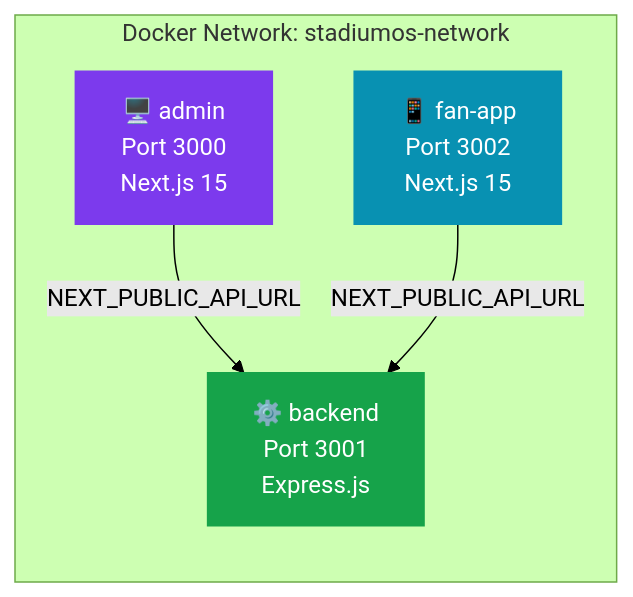
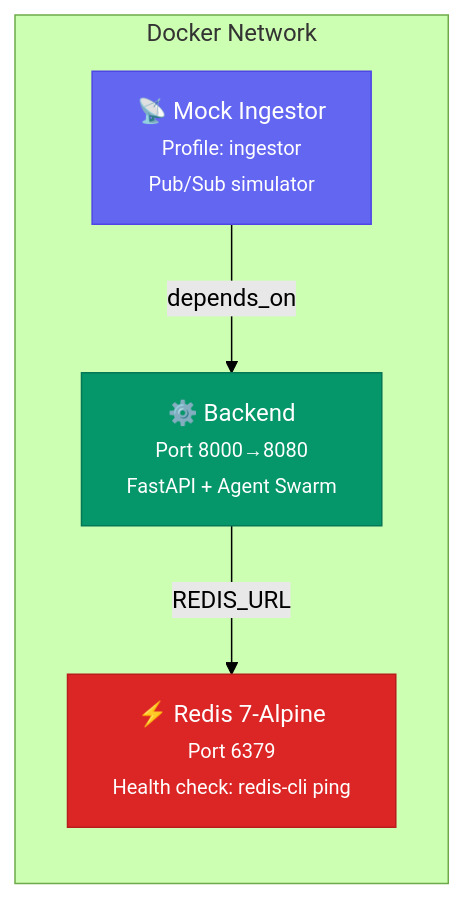
Before and after one commit to dayanandXdarpan/stadiumos: the sixth of 7 diagrams in README.md, drawn with Mermaid (forest theme). The commit also changed other lines of this file and 5 other files, not shown here.

````diff
--- a/README.md
+++ b/README.md
@@ -500,11 +571,15 @@
 ```mermaid
 graph LR
-    subgraph Docker Network: stadiumos-network
-        A["🖥️ admin<br/>Port 3000<br/>Next.js 15"] -->|NEXT_PUBLIC_API_URL| C["⚙️ backend<br/>Port 3001<br/>Express.js"]
-        B["📱 fan-app<br/>Port 3002<br/>Next.js 15"] -->|NEXT_PUBLIC_API_URL| C
+    subgraph "Docker Network"
+        REDIS["⚡ Redis 7-Alpine<br/><small>Port 6379</small><br/><small>Health check: redis-cli ping</small>"]
+        BACKEND["⚙️ Backend<br/><small>Port 8000→8080</small><br/><small>FastAPI + Agent Swarm</small>"]
+        INGESTOR["📡 Mock Ingestor<br/><small>Profile: ingestor</small><br/><small>Pub/Sub simulator</small>"]
     end
 
-    style A fill:#7c3aed,stroke:#7c3aed,color:#fff
-    style B fill:#0891b2,stroke:#0891b2,color:#fff
-    style C fill:#16a34a,stroke:#16a34a,color:#fff
+    BACKEND -->|"REDIS_URL"| REDIS
+    INGESTOR -->|"depends_on"| BACKEND
+
+    style REDIS fill:#dc2626,stroke:#b91c1c,color:#fff
+    style BACKEND fill:#059669,stroke:#047857,color:#fff
+    style INGESTOR fill:#6366f1,stroke:#4f46e5,color:#fff
 ```
````
